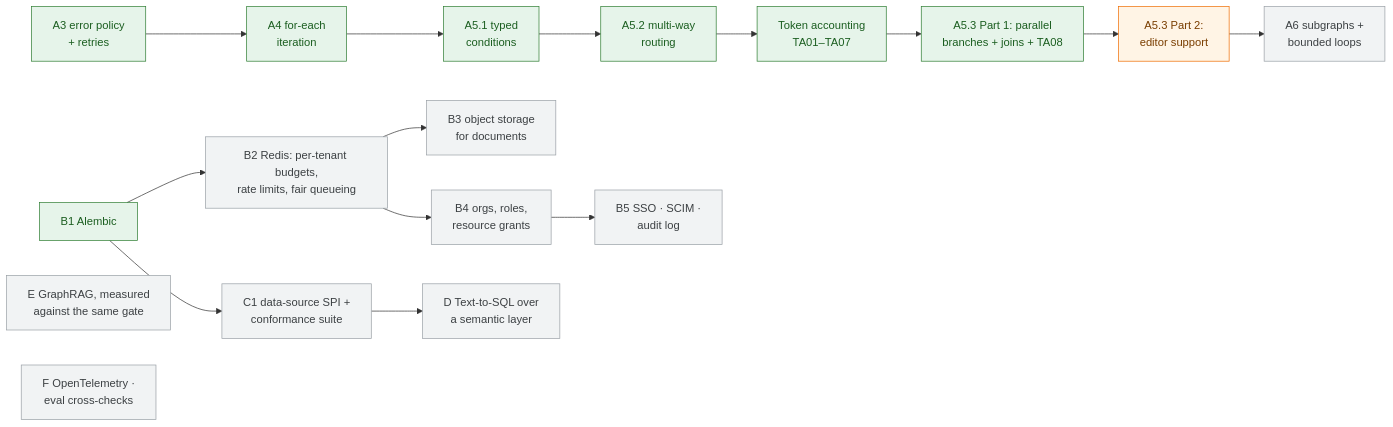
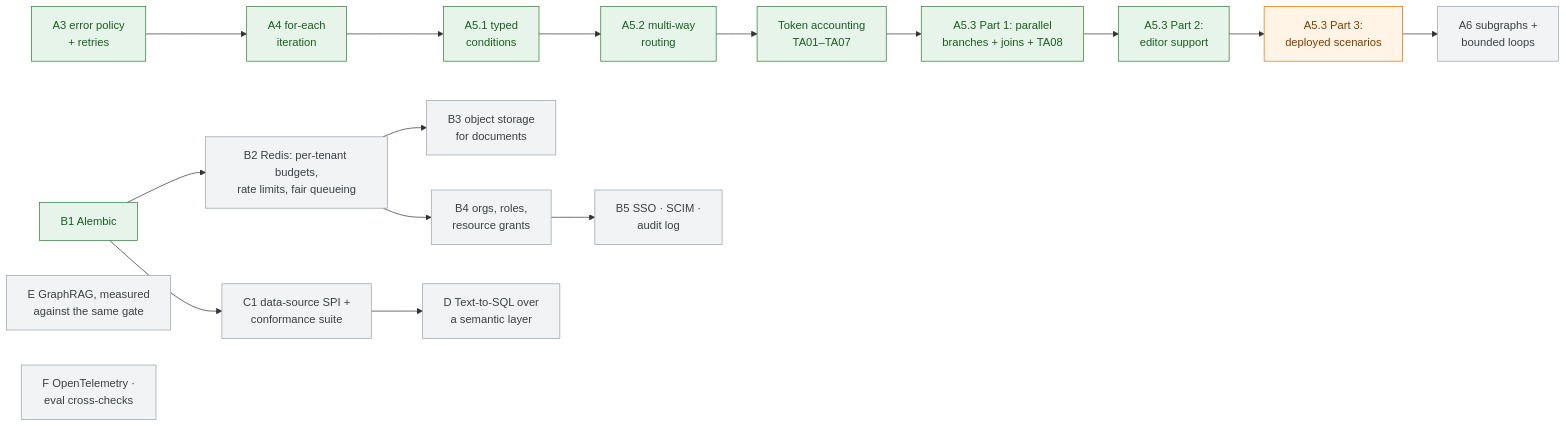
One commit to SoumithReddy6/Enterprise-No-Code-Agentic-AI-Workflow-Platform changed the seventh of 7 diagrams in README.md. Above: the diagram before and after it, drawn with Mermaid. The commit also changed other lines of this file and 21 other files, not shown here.

First line of the commit message:
Build parallel branches in the editor: Join in the palette, branch count, cancelled style (A5.3 Part 2)

````diff
--- a/README.md
+++ b/README.md
@@ -440,15 +440,15 @@
 ```mermaid
 flowchart LR
     classDef done fill:#e6f4ea,stroke:#2e7d32,color:#1b5e20
     classDef next fill:#fff4e5,stroke:#ef6c00,color:#7a3e00
     classDef later fill:#f1f3f4,stroke:#9aa0a6,color:#3c4043
 
     A3["A3 error policy<br/>+ retries"]:::done --> A4["A4 for-each<br/>iteration"]:::done --> A51["A5.1 typed<br/>conditions"]:::done
-    A51 --> A52["A5.2 multi-way<br/>routing"]:::done --> TA["Token accounting<br/>TA01–TA07"]:::done --> A53["A5.3 Part 1: parallel<br/>branches + joins + TA08"]:::done --> A53E["A5.3 Part 2:<br/>editor support"]:::next --> A6["A6 subgraphs +<br/>bounded loops"]:::later
+    A51 --> A52["A5.2 multi-way<br/>routing"]:::done --> TA["Token accounting<br/>TA01–TA07"]:::done --> A53["A5.3 Part 1: parallel<br/>branches + joins + TA08"]:::done --> A53E["A5.3 Part 2:<br/>editor support"]:::done --> A53S["A5.3 Part 3:<br/>deployed scenarios"]:::next --> A6["A6 subgraphs +<br/>bounded loops"]:::later
     B1["B1 Alembic"]:::done --> B2["B2 Redis: per-tenant budgets,<br/>rate limits, fair queueing"]:::later
     B2 --> B3["B3 object storage<br/>for documents"]:::later
     B2 --> B4["B4 orgs, roles,<br/>resource grants"]:::later --> B5["B5 SSO · SCIM ·<br/>audit log"]:::later
     B1 --> C1["C1 data-source SPI +<br/>conformance suite"]:::later --> D["D Text-to-SQL over<br/>a semantic layer"]:::later
     E["E GraphRAG, measured<br/>against the same gate"]:::later
     F["F OpenTelemetry ·<br/>eval cross-checks"]:::later
 ```
````
